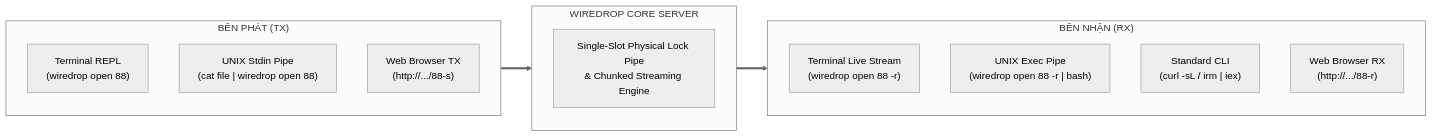
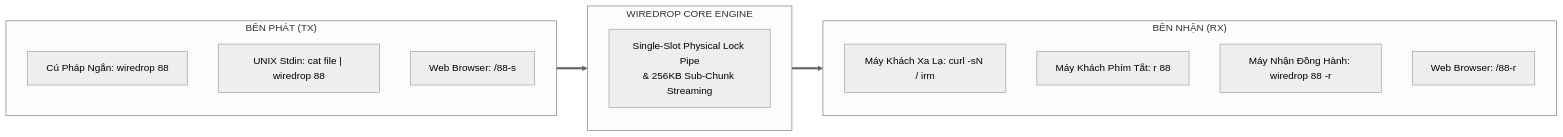
One commit to RevenantKitana/WireDrop changed the third of 3 diagrams in spec/04-specprepare-terminal-pipe-and-selective-shortlink.md. Above: the diagram before and after it, drawn with Mermaid (neutral theme). The commit also changed other lines of this file, not shown here.

Commit message:
docs(spec): simplify CLI syntax and clarify foreign zero-install client flow in spec 04

````diff
--- a/spec/04-specprepare-terminal-pipe-and-selective-shortlink.md
+++ b/spec/04-specprepare-terminal-pipe-and-selective-shortlink.md
@@ -322,21 +341,21 @@
 ```mermaid
 graph LR
     subgraph TX_CLIENTS["BÊN PHÁT (TX)"]
-        TX_TERM["Terminal REPL\n(wiredrop open 88)"]
-        TX_PIPE["UNIX Stdin Pipe\n(cat file | wiredrop open 88)"]
-        TX_WEB["Web Browser TX\n(http://.../88-s)"]
+        TX_SHORT["Cú Pháp Ngắn: wiredrop 88"]
+        TX_PIPE["UNIX Stdin: cat file | wiredrop 88"]
+        TX_WEB["Web Browser: /88-s"]
     end
 
-    subgraph WIREDROP_CORE["WIREDROP CORE SERVER"]
-        PIPE_ENGINE["Single-Slot Physical Lock Pipe\n& Chunked Streaming Engine"]
+    subgraph WIREDROP_CORE["WIREDROP CORE ENGINE"]
+        PIPE_ENGINE["Single-Slot Physical Lock Pipe\n& 256KB Sub-Chunk Streaming"]
     end
 
     subgraph RX_CLIENTS["BÊN NHẬN (RX)"]
-        RX_TERM["Terminal Live Stream\n(wiredrop open 88 -r)"]
-        RX_UNIX["UNIX Exec Pipe\n(wiredrop open 88 -r | bash)"]
-        RX_CURL["Standard CLI\n(curl -sL / irm | iex)"]
-        RX_WEB["Web Browser RX\n(http://.../88-r)"]
+        RX_FOREIGN_CLI["Máy Khách Xa Lạ: curl -sN / irm"]
+        RX_ALIAS["Máy Khách Phím Tắt: r 88"]
+        RX_COMPANION["Máy Nhận Đồng Hành: wiredrop 88 -r"]
+        RX_WEB["Web Browser: /88-r"]
     end
 
     TX_CLIENTS ==> WIREDROP_CORE ==> RX_CLIENTS
 ```
````
